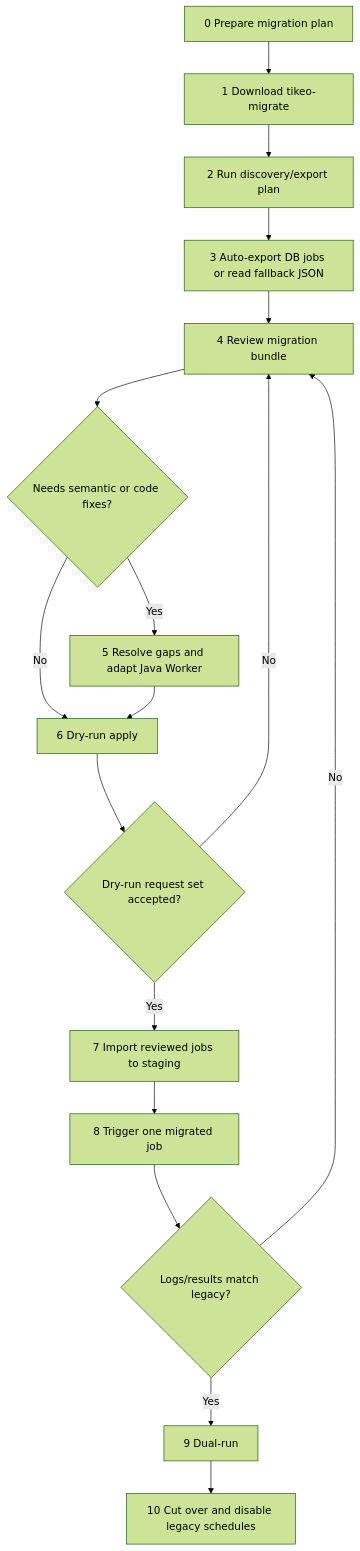
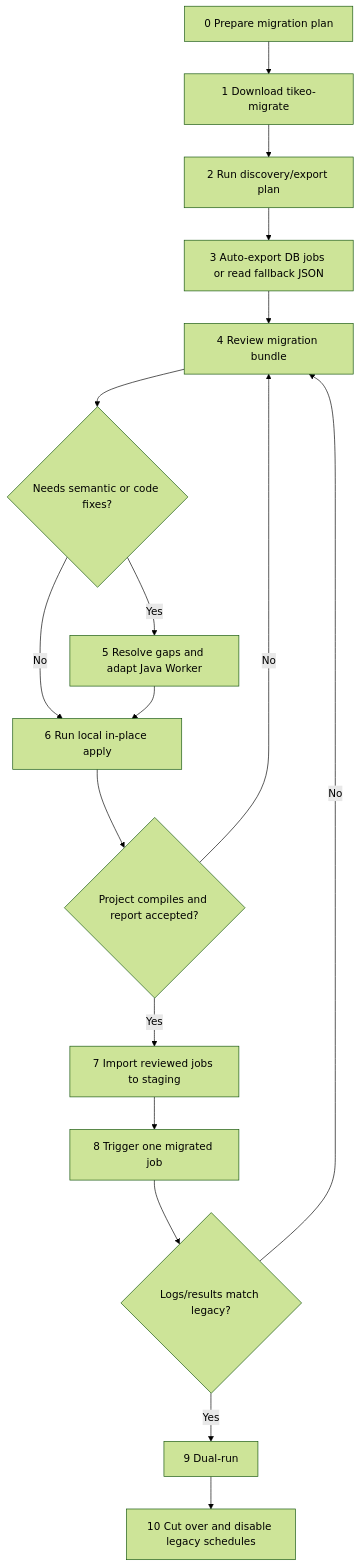
The diagram in docs/docs/integrations/migrating-from-legacy-schedulers.md (yhyzgn/tikeo), drawn with Mermaid (forest theme) before and after one commit. The commit also changed other lines of this file and 22 other files, not shown here.

````diff
--- a/docs/docs/integrations/migrating-from-legacy-schedulers.md
+++ b/docs/docs/integrations/migrating-from-legacy-schedulers.md
@@ -30,19 +30,19 @@
 ```mermaid
 flowchart TD
   A[0 Prepare migration plan] --> B[1 Download tikeo-migrate]
   B --> C[2 Run discovery/export plan]
   C --> D[3 Auto-export DB jobs or read fallback JSON]
   D --> E[4 Review migration bundle]
   E --> F{Needs semantic or code fixes?}
   F -- Yes --> G[5 Resolve gaps and adapt Java Worker]
-  F -- No --> H[6 Dry-run apply]
+  F -- No --> H[6 Run local in-place apply]
   G --> H
-  H --> I{Dry-run request set accepted?}
+  H --> I{Project compiles and report accepted?}
   I -- No --> E
   I -- Yes --> J[7 Import reviewed jobs to staging]
   J --> K[8 Trigger one migrated job]
   K --> L{Logs/results match legacy?}
   L -- No --> E
   L -- Yes --> M[9 Dual-run]
   M --> N[10 Cut over and disable legacy schedules]
 ```
````
